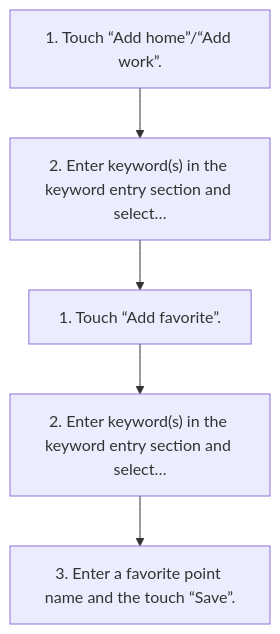
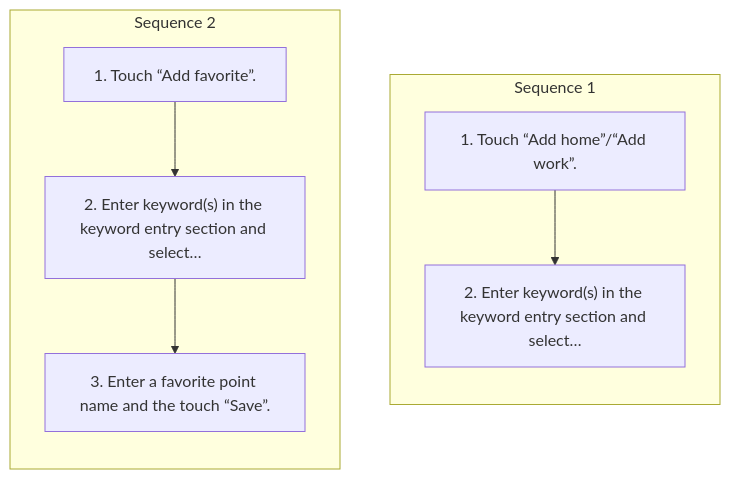
Before and after one commit to Chieko-Y/my-spec-generator: the diagram in workspace/subaru/outback-2026/ivi/published/navigation-if-equipped/15-registering-home-work-favorite-point.md, drawn with Mermaid. The commit also changed other lines of this file and 268 other files, not shown here.

````diff
--- a/workspace/subaru/outback-2026/ivi/published/navigation-if-equipped/15-registering-home-work-favorite-point.md
+++ b/workspace/subaru/outback-2026/ivi/published/navigation-if-equipped/15-registering-home-work-favorite-point.md
@@ -9,12 +9,17 @@
 ```mermaid
 flowchart TD
-    S1["1. Touch “Add home”/“Add work”."]
-    S2["2. Enter keyword(s) in the keyword entry section and select…"]
-    S3["1. Touch “Add favorite”."]
-    S4["2. Enter keyword(s) in the keyword entry section and select…"]
-    S5["3. Enter a favorite point name and the touch “Save”."]
-    S1 --> S2
-    S2 --> S3
-    S3 --> S4
-    S4 --> S5
+    subgraph SEQ1["Sequence 1"]
+    direction TB
+    S1_1["1. Touch “Add home”/“Add work”."]
+    S1_2["2. Enter keyword(s) in the keyword entry section and select…"]
+    S1_1 --> S1_2
+    end
+    subgraph SEQ2["Sequence 2"]
+    direction TB
+    S2_1["1. Touch “Add favorite”."]
+    S2_2["2. Enter keyword(s) in the keyword entry section and select…"]
+    S2_3["3. Enter a favorite point name and the touch “Save”."]
+    S2_1 --> S2_2
+    S2_2 --> S2_3
+    end
 ```
````
